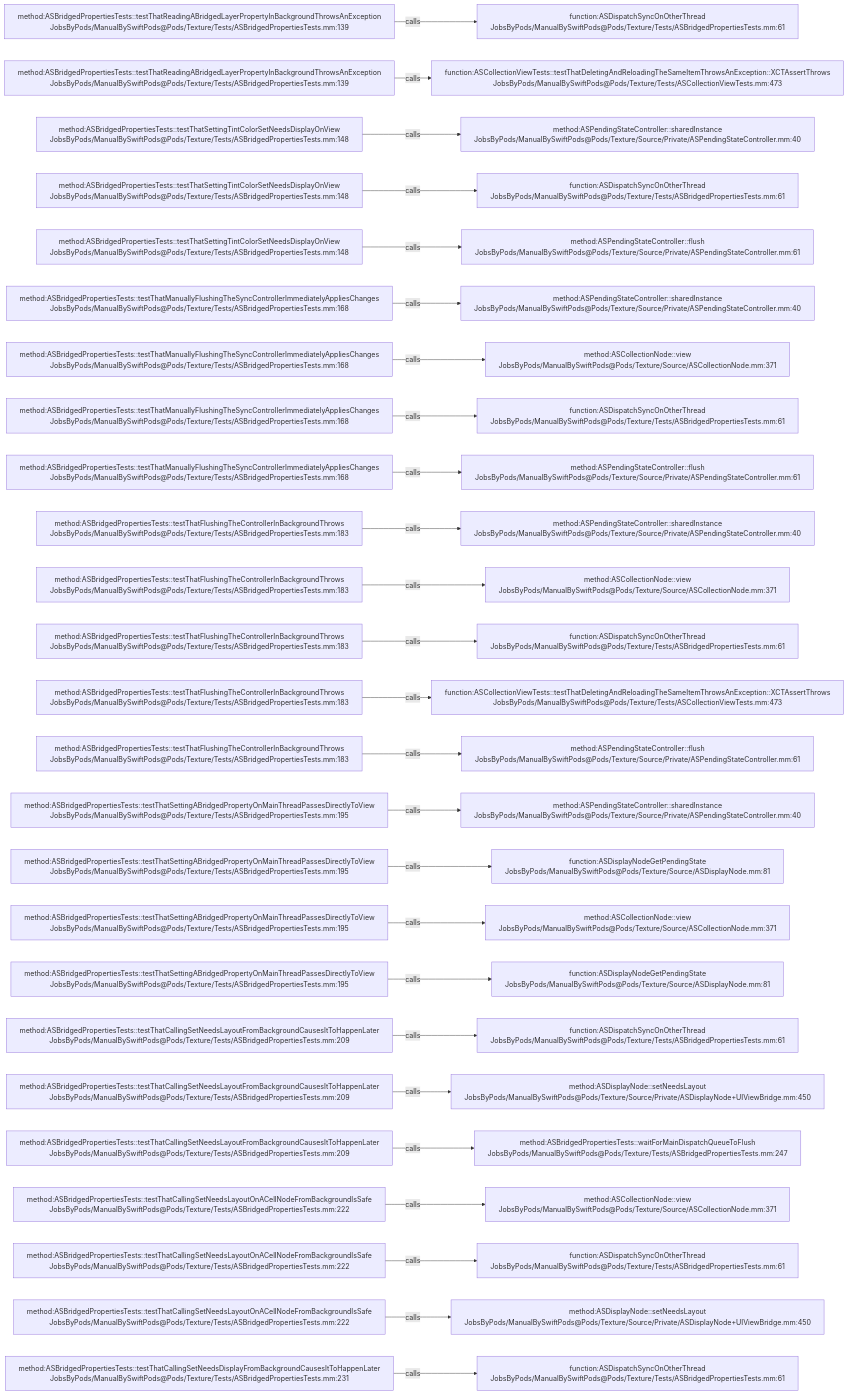
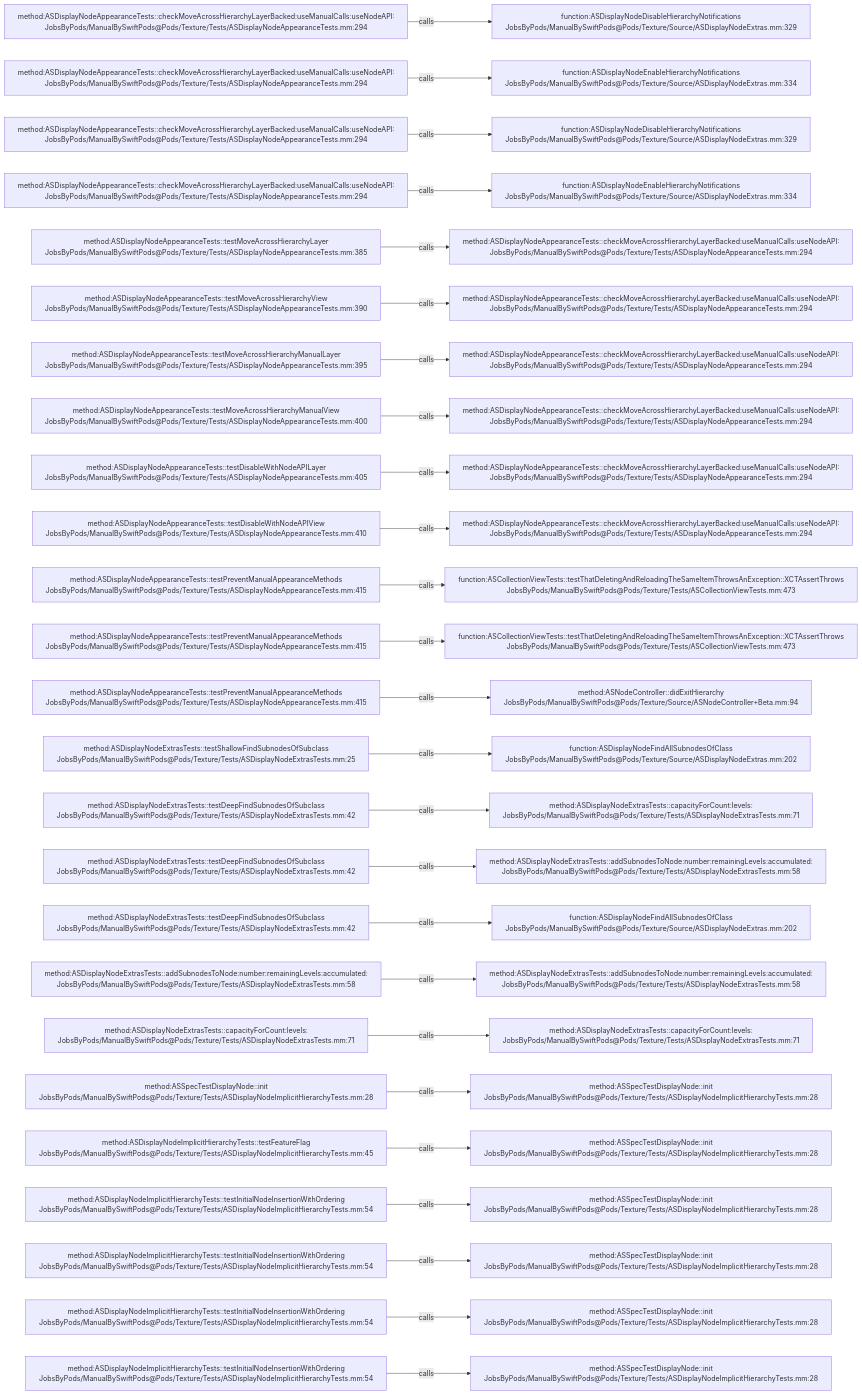
The diagram in .codegraph/codegraph.md/graphs/calls-183.md (JobsKits/JobsSwiftBaseConfigDemo), drawn with Mermaid before and after one commit. The commit also changed 832 other files, not shown here.

````diff
--- a/.codegraph/codegraph.md/graphs/calls-183.md
+++ b/.codegraph/codegraph.md/graphs/calls-183.md
@@ -13,78 +13,78 @@
 ```mermaid
 flowchart LR
-  S1["method:ASBridgedPropertiesTests::testThatReadingABridgedLayerPropertyInBackgroundThrowsAnException<br/>JobsByPods/ManualBySwiftPods@Pods/Texture/Tests/ASBridgedPropertiesTests.mm:139"]
-  T1["function:ASDispatchSyncOnOtherThread<br/>JobsByPods/ManualBySwiftPods@Pods/Texture/Tests/ASBridgedPropertiesTests.mm:61"]
+  S1["method:ASDisplayNodeAppearanceTests::checkMoveAcrossHierarchyLayerBacked:useManualCalls:useNodeAPI:<br/>JobsByPods/ManualBySwiftPods@Pods/Texture/Tests/ASDisplayNodeAppearanceTests.mm:294"]
+  T1["function:ASDisplayNodeDisableHierarchyNotifications<br/>JobsByPods/ManualBySwiftPods@Pods/Texture/Source/ASDisplayNodeExtras.mm:329"]
   S1 -->|calls| T1
-  S2["method:ASBridgedPropertiesTests::testThatReadingABridgedLayerPropertyInBackgroundThrowsAnException<br/>JobsByPods/ManualBySwiftPods@Pods/Texture/Tests/ASBridgedPropertiesTests.mm:139"]
-  T2["function:ASCollectionViewTests::testThatDeletingAndReloadingTheSameItemThrowsAnException::XCTAssertThrows<br/>JobsByPods/ManualBySwiftPods@Pods/Texture/Tests/ASCollectionViewTests.mm:473"]
+  S2["method:ASDisplayNodeAppearanceTests::checkMoveAcrossHierarchyLayerBacked:useManualCalls:useNodeAPI:<br/>JobsByPods/ManualBySwiftPods@Pods/Texture/Tests/ASDisplayNodeAppearanceTests.mm:294"]
+  T2["function:ASDisplayNodeEnableHierarchyNotifications<br/>JobsByPods/ManualBySwiftPods@Pods/Texture/Source/ASDisplayNodeExtras.mm:334"]
   S2 -->|calls| T2
-  S3["method:ASBridgedPropertiesTests::testThatSettingTintColorSetNeedsDisplayOnView<br/>JobsByPods/ManualBySwiftPods@Pods/Texture/Tests/ASBridgedPropertiesTests.mm:148"]
-  T3["method:ASPendingStateController::sharedInstance<br/>JobsByPods/ManualBySwiftPods@Pods/Texture/Source/Private/ASPendingStateController.mm:40"]
+  S3["method:ASDisplayNodeAppearanceTests::checkMoveAcrossHierarchyLayerBacked:useManualCalls:useNodeAPI:<br/>JobsByPods/ManualBySwiftPods@Pods/Texture/Tests/ASDisplayNodeAppearanceTests.mm:294"]
+  T3["function:ASDisplayNodeDisableHierarchyNotifications<br/>JobsByPods/ManualBySwiftPods@Pods/Texture/Source/ASDisplayNodeExtras.mm:329"]
   S3 -->|calls| T3
-  S4["method:ASBridgedPropertiesTests::testThatSettingTintColorSetNeedsDisplayOnView<br/>JobsByPods/ManualBySwiftPods@Pods/Texture/Tests/ASBridgedPropertiesTests.mm:148"]
-  T4["function:ASDispatchSyncOnOtherThread<br/>JobsByPods/ManualBySwiftPods@Pods/Texture/Tests/ASBridgedPropertiesTests.mm:61"]
+  S4["method:ASDisplayNodeAppearanceTests::checkMoveAcrossHierarchyLayerBacked:useManualCalls:useNodeAPI:<br/>JobsByPods/ManualBySwiftPods@Pods/Texture/Tests/ASDisplayNodeAppearanceTests.mm:294"]
+  T4["function:ASDisplayNodeEnableHierarchyNotifications<br/>JobsByPods/ManualBySwiftPods@Pods/Texture/Source/ASDisplayNodeExtras.mm:334"]
   S4 -->|calls| T4
-  S5["method:ASBridgedPropertiesTests::testThatSettingTintColorSetNeedsDisplayOnView<br/>JobsByPods/ManualBySwiftPods@Pods/Texture/Tests/ASBridgedPropertiesTests.mm:148"]
-  T5["method:ASPendingStateController::flush<br/>JobsByPods/ManualBySwiftPods@Pods/Texture/Source/Private/ASPendingStateController.mm:61"]
+  S5["method:ASDisplayNodeAppearanceTests::testMoveAcrossHierarchyLayer<br/>JobsByPods/ManualBySwiftPods@Pods/Texture/Tests/ASDisplayNodeAppearanceTests.mm:385"]
+  T5["method:ASDisplayNodeAppearanceTests::checkMoveAcrossHierarchyLayerBacked:useManualCalls:useNodeAPI:<br/>JobsByPods/ManualBySwiftPods@Pods/Texture/Tests/ASDisplayNodeAppearanceTests.mm:294"]
   S5 -->|calls| T5
-  S6["method:ASBridgedPropertiesTests::testThatManuallyFlushingTheSyncControllerImmediatelyAppliesChanges<br/>JobsByPods/ManualBySwiftPods@Pods/Texture/Tests/ASBridgedPropertiesTests.mm:168"]
-  T6["method:ASPendingStateController::sharedInstance<br/>JobsByPods/ManualBySwiftPods@Pods/Texture/Source/Private/ASPendingStateController.mm:40"]
+  S6["method:ASDisplayNodeAppearanceTests::testMoveAcrossHierarchyView<br/>JobsByPods/ManualBySwiftPods@Pods/Texture/Tests/ASDisplayNodeAppearanceTests.mm:390"]
+  T6["method:ASDisplayNodeAppearanceTests::checkMoveAcrossHierarchyLayerBacked:useManualCalls:useNodeAPI:<br/>JobsByPods/ManualBySwiftPods@Pods/Texture/Tests/ASDisplayNodeAppearanceTests.mm:294"]
   S6 -->|calls| T6
-  S7["method:ASBridgedPropertiesTests::testThatManuallyFlushingTheSyncControllerImmediatelyAppliesChanges<br/>JobsByPods/ManualBySwiftPods@Pods/Texture/Tests/ASBridgedPropertiesTests.mm:168"]
-  T7["method:ASCollectionNode::view<br/>JobsByPods/ManualBySwiftPods@Pods/Texture/Source/ASCollectionNode.mm:371"]
+  S7["method:ASDisplayNodeAppearanceTests::testMoveAcrossHierarchyManualLayer<br/>JobsByPods/ManualBySwiftPods@Pods/Texture/Tests/ASDisplayNodeAppearanceTests.mm:395"]
+  T7["method:ASDisplayNodeAppearanceTests::checkMoveAcrossHierarchyLayerBacked:useManualCalls:useNodeAPI:<br/>JobsByPods/ManualBySwiftPods@Pods/Texture/Tests/ASDisplayNodeAppearanceTests.mm:294"]
   S7 -->|calls| T7
-  S8["method:ASBridgedPropertiesTests::testThatManuallyFlushingTheSyncControllerImmediatelyAppliesChanges<br/>JobsByPods/ManualBySwiftPods@Pods/Texture/Tests/ASBridgedPropertiesTests.mm:168"]
-  T8["function:ASDispatchSyncOnOtherThread<br/>JobsByPods/ManualBySwiftPods@Pods/Texture/Tests/ASBridgedPropertiesTests.mm:61"]
+  S8["method:ASDisplayNodeAppearanceTests::testMoveAcrossHierarchyManualView<br/>JobsByPods/ManualBySwiftPods@Pods/Texture/Tests/ASDisplayNodeAppearanceTests.mm:400"]
+  T8["method:ASDisplayNodeAppearanceTests::checkMoveAcrossHierarchyLayerBacked:useManualCalls:useNodeAPI:<br/>JobsByPods/ManualBySwiftPods@Pods/Texture/Tests/ASDisplayNodeAppearanceTests.mm:294"]
   S8 -->|calls| T8
-  S9["method:ASBridgedPropertiesTests::testThatManuallyFlushingTheSyncControllerImmediatelyAppliesChanges<br/>JobsByPods/ManualBySwiftPods@Pods/Texture/Tests/ASBridgedPropertiesTests.mm:168"]
-  T9["method:ASPendingStateController::flush<br/>JobsByPods/ManualBySwiftPods@Pods/Texture/Source/Private/ASPendingStateController.mm:61"]
+  S9["method:ASDisplayNodeAppearanceTests::testDisableWithNodeAPILayer<br/>JobsByPods/ManualBySwiftPods@Pods/Texture/Tests/ASDisplayNodeAppearanceTests.mm:405"]
+  T9["method:ASDisplayNodeAppearanceTests::checkMoveAcrossHierarchyLayerBacked:useManualCalls:useNodeAPI:<br/>JobsByPods/ManualBySwiftPods@Pods/Texture/Tests/ASDisplayNodeAppearanceTests.mm:294"]
   S9 -->|calls| T9
-  S10["method:ASBridgedPropertiesTests::testThatFlushingTheControllerInBackgroundThrows<br/>JobsByPods/ManualBySwiftPods@Pods/Texture/Tests/ASBridgedPropertiesTests.mm:183"]
-  T10["method:ASPendingStateController::sharedInstance<br/>JobsByPods/ManualBySwiftPods@Pods/Texture/Source/Private/ASPendingStateController.mm:40"]
+  S10["method:ASDisplayNodeAppearanceTests::testDisableWithNodeAPIView<br/>JobsByPods/ManualBySwiftPods@Pods/Texture/Tests/ASDisplayNodeAppearanceTests.mm:410"]
+  T10["method:ASDisplayNodeAppearanceTests::checkMoveAcrossHierarchyLayerBacked:useManualCalls:useNodeAPI:<br/>JobsByPods/ManualBySwiftPods@Pods/Texture/Tests/ASDisplayNodeAppearanceTests.mm:294"]
   S10 -->|calls| T10
-  S11["method:ASBridgedPropertiesTests::testThatFlushingTheControllerInBackgroundThrows<br/>JobsByPods/ManualBySwiftPods@Pods/Texture/Tests/ASBridgedPropertiesTests.mm:183"]
-  T11["method:ASCollectionNode::view<br/>JobsByPods/ManualBySwiftPods@Pods/Texture/Source/ASCollectionNode.mm:371"]
+  S11["method:ASDisplayNodeAppearanceTests::testPreventManualAppearanceMethods<br/>JobsByPods/ManualBySwiftPods@Pods/Texture/Tests/ASDisplayNodeAppearanceTests.mm:415"]
+  T11["function:ASCollectionViewTests::testThatDeletingAndReloadingTheSameItemThrowsAnException::XCTAssertThrows<br/>JobsByPods/ManualBySwiftPods@Pods/Texture/Tests/ASCollectionViewTests.mm:473"]
   S11 -->|calls| T11
-  S12["method:ASBridgedPropertiesTests::testThatFlushingTheControllerInBackgroundThrows<br/>JobsByPods/ManualBySwiftPods@Pods/Texture/Tests/ASBridgedPropertiesTests.mm:183"]
-  T12["function:ASDispatchSyncOnOtherThread<br/>JobsByPods/ManualBySwiftPods@Pods/Texture/Tests/ASBridgedPropertiesTests.mm:61"]
+  S12["method:ASDisplayNodeAppearanceTests::testPreventManualAppearanceMethods<br/>JobsByPods/ManualBySwiftPods@Pods/Texture/Tests/ASDisplayNodeAppearanceTests.mm:415"]
+  T12["function:ASCollectionViewTests::testThatDeletingAndReloadingTheSameItemThrowsAnException::XCTAssertThrows<br/>JobsByPods/ManualBySwiftPods@Pods/Texture/Tests/ASCollectionViewTests.mm:473"]
   S12 -->|calls| T12
-  S13["method:ASBridgedPropertiesTests::testThatFlushingTheControllerInBackgroundThrows<br/>JobsByPods/ManualBySwiftPods@Pods/Texture/Tests/ASBridgedPropertiesTests.mm:183"]
-  T13["function:ASCollectionViewTests::testThatDeletingAndReloadingTheSameItemThrowsAnException::XCTAssertThrows<br/>JobsByPods/ManualBySwiftPods@Pods/Texture/Tests/ASCollectionViewTests.mm:473"]
+  S13["method:ASDisplayNodeAppearanceTests::testPreventManualAppearanceMethods<br/>JobsByPods/ManualBySwiftPods@Pods/Texture/Tests/ASDisplayNodeAppearanceTests.mm:415"]
+  T13["method:ASNodeController::didExitHierarchy<br/>JobsByPods/ManualBySwiftPods@Pods/Texture/Source/ASNodeController+Beta.mm:94"]
   S13 -->|calls| T13
-  S14["method:ASBridgedPropertiesTests::testThatFlushingTheControllerInBackgroundThrows<br/>JobsByPods/ManualBySwiftPods@Pods/Texture/Tests/ASBridgedPropertiesTests.mm:183"]
-  T14["method:ASPendingStateController::flush<br/>JobsByPods/ManualBySwiftPods@Pods/Texture/Source/Private/ASPendingStateController.mm:61"]
+  S14["method:ASDisplayNodeExtrasTests::testShallowFindSubnodesOfSubclass<br/>JobsByPods/ManualBySwiftPods@Pods/Texture/Tests/ASDisplayNodeExtrasTests.mm:25"]
+  T14["function:ASDisplayNodeFindAllSubnodesOfClass<br/>JobsByPods/ManualBySwiftPods@Pods/Texture/Source/ASDisplayNodeExtras.mm:202"]
   S14 -->|calls| T14
-  S15["method:ASBridgedPropertiesTests::testThatSettingABridgedPropertyOnMainThreadPassesDirectlyToView<br/>JobsByPods/ManualBySwiftPods@Pods/Texture/Tests/ASBridgedPropertiesTests.mm:195"]
-  T15["method:ASPendingStateController::sharedInstance<br/>JobsByPods/ManualBySwiftPods@Pods/Texture/Source/Private/ASPendingStateController.mm:40"]
+  S15["method:ASDisplayNodeExtrasTests::testDeepFindSubnodesOfSubclass<br/>JobsByPods/ManualBySwiftPods@Pods/Texture/Tests/ASDisplayNodeExtrasTests.mm:42"]
+  T15["method:ASDisplayNodeExtrasTests::capacityForCount:levels:<br/>JobsByPods/ManualBySwiftPods@Pods/Texture/Tests/ASDisplayNodeExtrasTests.mm:71"]
   S15 -->|calls| T15
-  S16["method:ASBridgedPropertiesTests::testThatSettingABridgedPropertyOnMainThreadPassesDirectlyToView<br/>JobsByPods/ManualBySwiftPods@Pods/Texture/Tests/ASBridgedPropertiesTests.mm:195"]
-  T16["function:ASDisplayNodeGetPendingState<br/>JobsByPods/ManualBySwiftPods@Pods/Texture/Source/ASDisplayNode.mm:81"]
+  S16["method:ASDisplayNodeExtrasTests::testDeepFindSubnodesOfSubclass<br/>JobsByPods/ManualBySwiftPods@Pods/Texture/Tests/ASDisplayNodeExtrasTests.mm:42"]
+  T16["method:ASDisplayNodeExtrasTests::addSubnodesToNode:number:remainingLevels:accumulated:<br/>JobsByPods/ManualBySwiftPods@Pods/Texture/Tests/ASDisplayNodeExtrasTests.mm:58"]
   S16 -->|calls| T16
-  S17["method:ASBridgedPropertiesTests::testThatSettingABridgedPropertyOnMainThreadPassesDirectlyToView<br/>JobsByPods/ManualBySwiftPods@Pods/Texture/Tests/ASBridgedPropertiesTests.mm:195"]
-  T17["method:ASCollectionNode::view<br/>JobsByPods/ManualBySwiftPods@Pods/Texture/Source/ASCollectionNode.mm:371"]
+  S17["method:ASDisplayNodeExtrasTests::testDeepFindSubnodesOfSubclass<br/>JobsByPods/ManualBySwiftPods@Pods/Texture/Tests/ASDisplayNodeExtrasTests.mm:42"]
+  T17["function:ASDisplayNodeFindAllSubnodesOfClass<br/>JobsByPods/ManualBySwiftPods@Pods/Texture/Source/ASDisplayNodeExtras.mm:202"]
   S17 -->|calls| T17
-  S18["method:ASBridgedPropertiesTests::testThatSettingABridgedPropertyOnMainThreadPassesDirectlyToView<br/>JobsByPods/ManualBySwiftPods@Pods/Texture/Tests/ASBridgedPropertiesTests.mm:195"]
-  T18["function:ASDisplayNodeGetPendingState<br/>JobsByPods/ManualBySwiftPods@Pods/Texture/Source/ASDisplayNode.mm:81"]
+  S18["method:ASDisplayNodeExtrasTests::addSubnodesToNode:number:remainingLevels:accumulated:<br/>JobsByPods/ManualBySwiftPods@Pods/Texture/Tests/ASDisplayNodeExtrasTests.mm:58"]
+  T18["method:ASDisplayNodeExtrasTests::addSubnodesToNode:number:remainingLevels:accumulated:<br/>JobsByPods/ManualBySwiftPods@Pods/Texture/Tests/ASDisplayNodeExtrasTests.mm:58"]
   S18 -->|calls| T18
-  S19["method:ASBridgedPropertiesTests::testThatCallingSetNeedsLayoutFromBackgroundCausesItToHappenLater<br/>JobsByPods/ManualBySwiftPods@Pods/Texture/Tests/ASBridgedPropertiesTests.mm:209"]
-  T19["function:ASDispatchSyncOnOtherThread<br/>JobsByPods/ManualBySwiftPods@Pods/Texture/Tests/ASBridgedPropertiesTests.mm:61"]
+  S19["method:ASDisplayNodeExtrasTests::capacityForCount:levels:<br/>JobsByPods/ManualBySwiftPods@Pods/Texture/Tests/ASDisplayNodeExtrasTests.mm:71"]
+  T19["method:ASDisplayNodeExtrasTests::capacityForCount:levels:<br/>JobsByPods/ManualBySwiftPods@Pods/Texture/Tests/ASDisplayNodeExtrasTests.mm:71"]
   S19 -->|calls| T19
-  S20["method:ASBridgedPropertiesTests::testThatCallingSetNeedsLayoutFromBackgroundCausesItToHappenLater<br/>JobsByPods/ManualBySwiftPods@Pods/Texture/Tests/ASBridgedPropertiesTests.mm:209"]
-  T20["method:ASDisplayNode::setNeedsLayout<br/>JobsByPods/ManualBySwiftPods@Pods/Texture/Source/Private/ASDisplayNode+UIViewBridge.mm:450"]
+  S20["method:ASSpecTestDisplayNode::init<br/>JobsByPods/ManualBySwiftPods@Pods/Texture/Tests/ASDisplayNodeImplicitHierarchyTests.mm:28"]
+  T20["method:ASSpecTestDisplayNode::init<br/>JobsByPods/ManualBySwiftPods@Pods/Texture/Tests/ASDisplayNodeImplicitHierarchyTests.mm:28"]
   S20 -->|calls| T20
-  S21["method:ASBridgedPropertiesTests::testThatCallingSetNeedsLayoutFromBackgroundCausesItToHappenLater<br/>JobsByPods/ManualBySwiftPods@Pods/Texture/Tests/ASBridgedPropertiesTests.mm:209"]
-  T21["method:ASBridgedPropertiesTests::waitForMainDispatchQueueToFlush<br/>JobsByPods/ManualBySwiftPods@Pods/Texture/Tests/ASBridgedPropertiesTests.mm:247"]
+  S21["method:ASDisplayNodeImplicitHierarchyTests::testFeatureFlag<br/>JobsByPods/ManualBySwiftPods@Pods/Texture/Tests/ASDisplayNodeImplicitHierarchyTests.mm:45"]
+  T21["method:ASSpecTestDisplayNode::init<br/>JobsByPods/ManualBySwiftPods@Pods/Texture/Tests/ASDisplayNodeImplicitHierarchyTests.mm:28"]
   S21 -->|calls| T21
-  S22["method:ASBridgedPropertiesTests::testThatCallingSetNeedsLayoutOnACellNodeFromBackgroundIsSafe<br/>JobsByPods/ManualBySwiftPods@Pods/Texture/Tests/ASBridgedPropertiesTests.mm:222"]
-  T22["method:ASCollectionNode::view<br/>JobsByPods/ManualBySwiftPods@Pods/Texture/Source/ASCollectionNode.mm:371"]
+  S22["method:ASDisplayNodeImplicitHierarchyTests::testInitialNodeInsertionWithOrdering<br/>JobsByPods/ManualBySwiftPods@Pods/Texture/Tests/ASDisplayNodeImplicitHierarchyTests.mm:54"]
+  T22["method:ASSpecTestDisplayNode::init<br/>JobsByPods/ManualBySwiftPods@Pods/Texture/Tests/ASDisplayNodeImplicitHierarchyTests.mm:28"]
   S22 -->|calls| T22
-  S23["method:ASBridgedPropertiesTests::testThatCallingSetNeedsLayoutOnACellNodeFromBackgroundIsSafe<br/>JobsByPods/ManualBySwiftPods@Pods/Texture/Tests/ASBridgedPropertiesTests.mm:222"]
-  T23["function:ASDispatchSyncOnOtherThread<br/>JobsByPods/ManualBySwiftPods@Pods/Texture/Tests/ASBridgedPropertiesTests.mm:61"]
+  S23["method:ASDisplayNodeImplicitHierarchyTests::testInitialNodeInsertionWithOrdering<br/>JobsByPods/ManualBySwiftPods@Pods/Texture/Tests/ASDisplayNodeImplicitHierarchyTests.mm:54"]
+  T23["method:ASSpecTestDisplayNode::init<br/>JobsByPods/ManualBySwiftPods@Pods/Texture/Tests/ASDisplayNodeImplicitHierarchyTests.mm:28"]
   S23 -->|calls| T23
-  S24["method:ASBridgedPropertiesTests::testThatCallingSetNeedsLayoutOnACellNodeFromBackgroundIsSafe<br/>JobsByPods/ManualBySwiftPods@Pods/Texture/Tests/ASBridgedPropertiesTests.mm:222"]
-  T24["method:ASDisplayNode::setNeedsLayout<br/>JobsByPods/ManualBySwiftPods@Pods/Texture/Source/Private/ASDisplayNode+UIViewBridge.mm:450"]
+  S24["method:ASDisplayNodeImplicitHierarchyTests::testInitialNodeInsertionWithOrdering<br/>JobsByPods/ManualBySwiftPods@Pods/Texture/Tests/ASDisplayNodeImplicitHierarchyTests.mm:54"]
+  T24["method:ASSpecTestDisplayNode::init<br/>JobsByPods/ManualBySwiftPods@Pods/Texture/Tests/ASDisplayNodeImplicitHierarchyTests.mm:28"]
   S24 -->|calls| T24
-  S25["method:ASBridgedPropertiesTests::testThatCallingSetNeedsDisplayFromBackgroundCausesItToHappenLater<br/>JobsByPods/ManualBySwiftPods@Pods/Texture/Tests/ASBridgedPropertiesTests.mm:231"]
-  T25["function:ASDispatchSyncOnOtherThread<br/>JobsByPods/ManualBySwiftPods@Pods/Texture/Tests/ASBridgedPropertiesTests.mm:61"]
+  S25["method:ASDisplayNodeImplicitHierarchyTests::testInitialNodeInsertionWithOrdering<br/>JobsByPods/ManualBySwiftPods@Pods/Texture/Tests/ASDisplayNodeImplicitHierarchyTests.mm:54"]
+  T25["method:ASSpecTestDisplayNode::init<br/>JobsByPods/ManualBySwiftPods@Pods/Texture/Tests/ASDisplayNodeImplicitHierarchyTests.mm:28"]
   S25 -->|calls| T25
 ```
````
